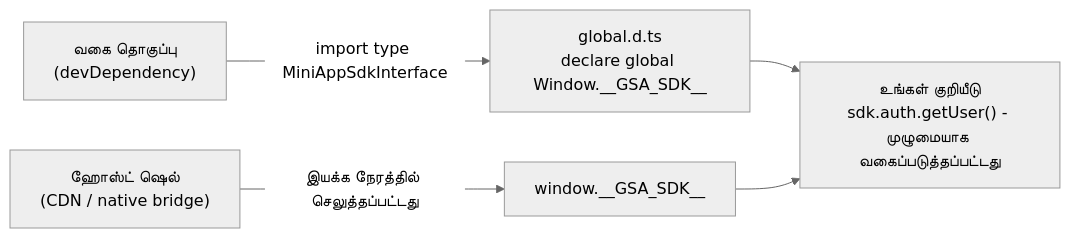
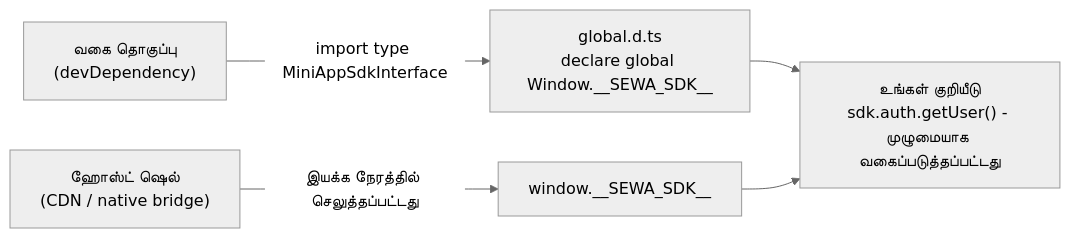
The diagram in i18n/ta/docusaurus-plugin-content-docs/current/getting-started.mdx (lizuzsusil/developer-portal), drawn with Mermaid (neutral theme) before and after one commit. The commit also changed other lines of this file and 35 other files, not shown here.

````diff
--- a/i18n/ta/docusaurus-plugin-content-docs/current/getting-started.mdx
+++ b/i18n/ta/docusaurus-plugin-content-docs/current/getting-started.mdx
@@ -25,7 +25,7 @@
 ```mermaid
 flowchart LR
-    A["வகை தொகுப்பு<br/>(devDependency)"] -->|"import type MiniAppSdkInterface"| B["global.d.ts<br/>declare global Window.__GSA_SDK__"]
+    A["வகை தொகுப்பு<br/>(devDependency)"] -->|"import type MiniAppSdkInterface"| B["global.d.ts<br/>declare global Window.__SEWA_SDK__"]
     B --> C["உங்கள் குறியீடு<br/>sdk.auth.getUser() - முழுமையாக வகைப்படுத்தப்பட்டது"]
-    D["ஹோஸ்ட் ஷெல்<br/>(CDN / native bridge)"] -->|"இயக்க நேரத்தில் செலுத்தப்பட்டது"| E["window.__GSA_SDK__"]
+    D["ஹோஸ்ட் ஷெல்<br/>(CDN / native bridge)"] -->|"இயக்க நேரத்தில் செலுத்தப்பட்டது"| E["window.__SEWA_SDK__"]
     E --> C
 ```
````
